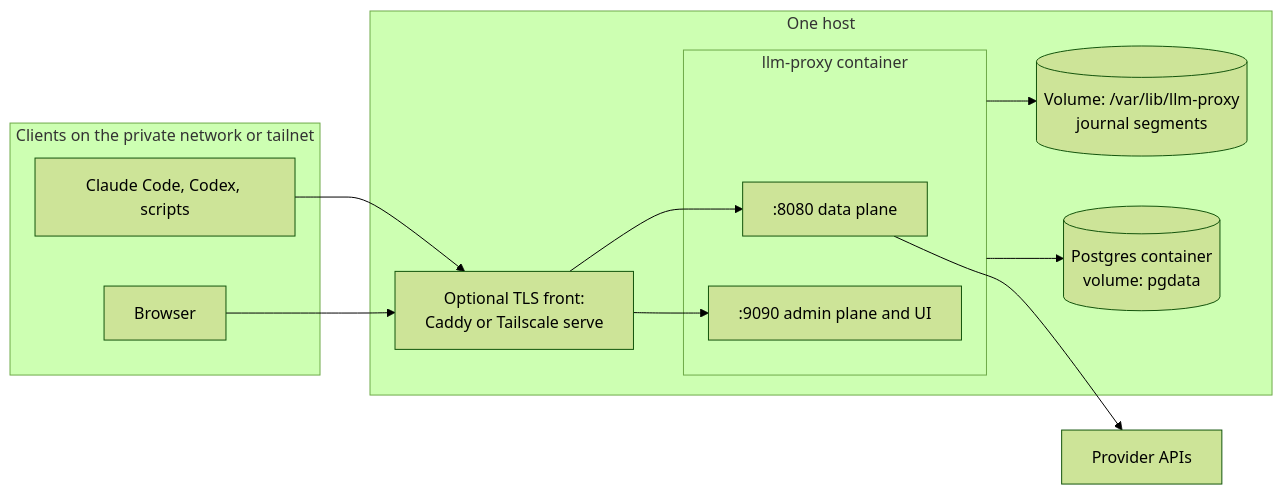
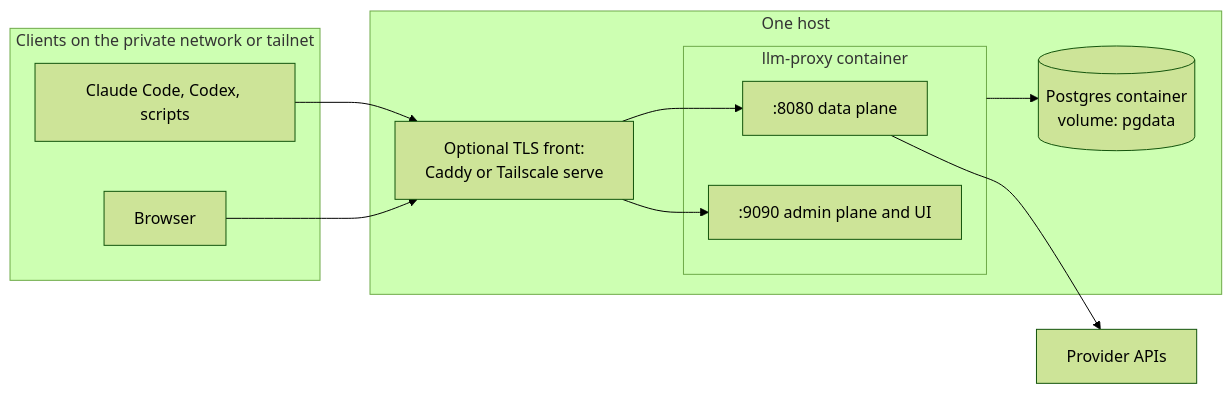
One commit to mtanzi/llm-proxy changed the first of 2 diagrams in docs/architecture/deployment.md. Above: the diagram before and after it, drawn with Mermaid (forest theme). The commit also changed other lines of this file and 5 other files, not shown here.

````diff
--- a/docs/architecture/deployment.md
+++ b/docs/architecture/deployment.md
@@ -21,23 +21,21 @@
 ```mermaid
 flowchart LR
     subgraph clients[Clients on the private network or tailnet]
         cc[Claude Code, Codex, scripts]
         br[Browser]
     end
     subgraph host[One host]
         rp[Optional TLS front:<br/>Caddy or Tailscale serve]
         subgraph app[llm-proxy container]
             dp[":8080 data plane"]
             ap[":9090 admin plane and UI"]
         end
-        jv[(Volume: /var/lib/llm-proxy<br/>journal segments)]
         pg[(Postgres container<br/>volume: pgdata)]
     end
     up[Provider APIs]
 
     cc --> rp --> dp
     br --> rp --> ap
     dp --> up
-    app --> jv
     app --> pg
 ```
````
